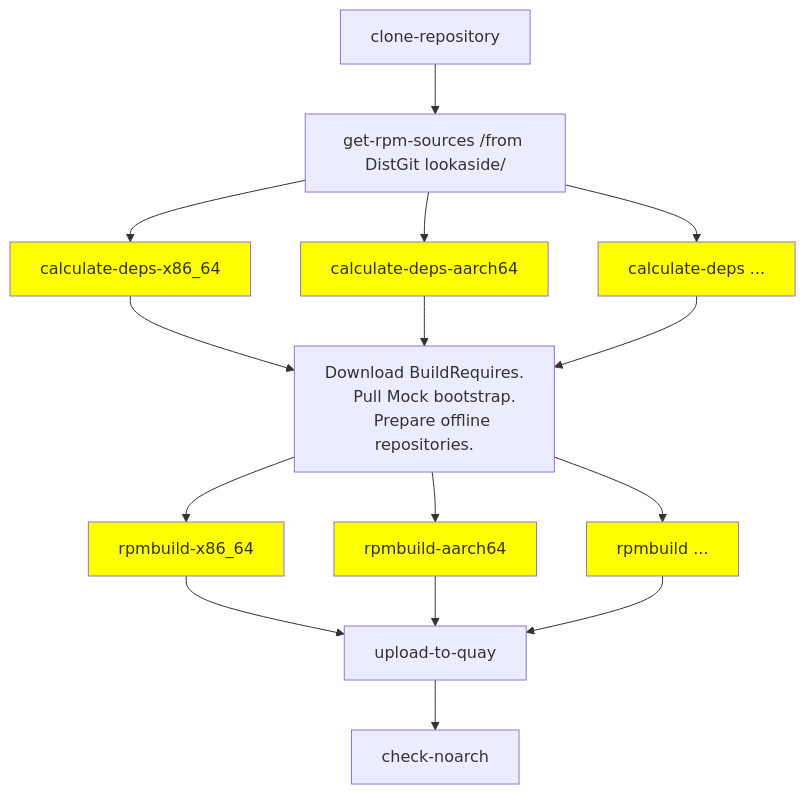
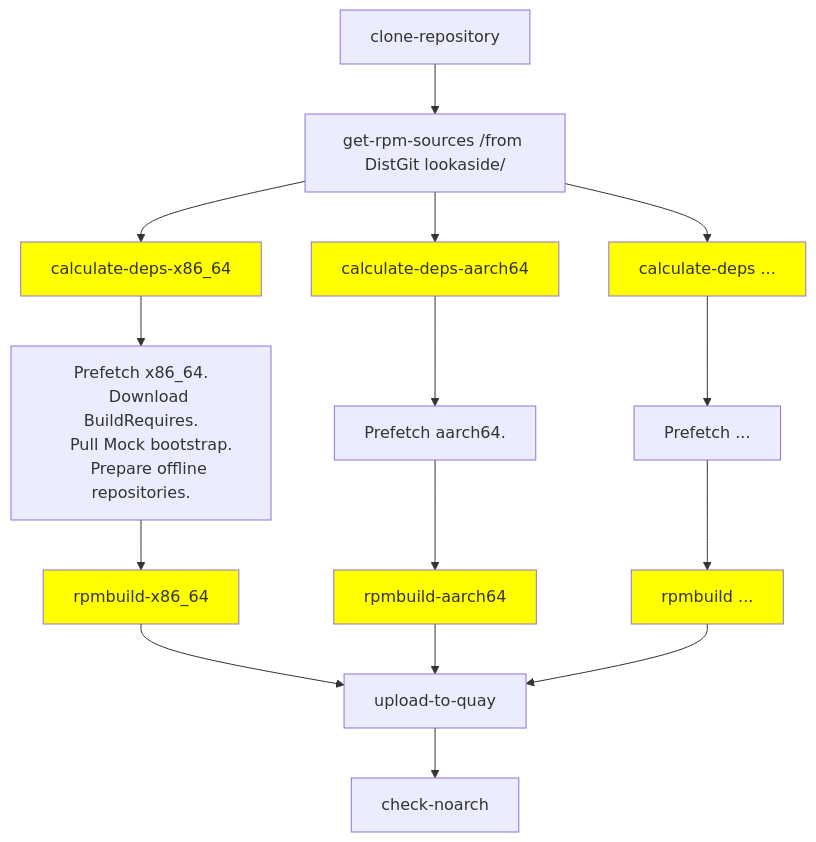
One commit to nmirasch/rpmbuild-pipeline changed the diagram in docs/architecture.md. Above: the diagram before and after it, drawn with Mermaid. The commit also changed other lines of this file, not shown here.

First line of the commit message:
architecture: don't merge multi-arch pre-fetching into one task

````diff
--- a/docs/architecture.md
+++ b/docs/architecture.md
@@ -22,28 +22,29 @@
 ```mermaid
 graph TD
 
   clone_repository[clone-repository] --> get_sources[get-rpm-sources /from DistGit lookaside/]
 
   get_sources --> nosrpm_a[calculate-deps-x86_64]:::ARCH
   get_sources --> nosrpm_b[calculate-deps-aarch64]:::ARCH
   get_sources --> nosrpm_c[calculate-deps ...]:::ARCH
 
-  nosrpm_a --> prefetch[Download BuildRequires.
+  nosrpm_a --> prefetch_a[Prefetch x86_64.
+    Download BuildRequires.
     Pull Mock bootstrap.
     Prepare offline repositories.]
-  prefetch --> build_a[rpmbuild-x86_64]:::ARCH
+  prefetch_a --> build_a[rpmbuild-x86_64]:::ARCH
 
-  nosrpm_b --> prefetch
-  prefetch --> build_b[rpmbuild-aarch64]:::ARCH
+  nosrpm_b --> prefetch_b[Prefetch aarch64.]
+  prefetch_b --> build_b[rpmbuild-aarch64]:::ARCH
 
-  nosrpm_c --> prefetch
-  prefetch --> build_c[rpmbuild ...]:::ARCH
+  nosrpm_c --> prefetch_c[Prefetch ...]
+  prefetch_c --> build_c[rpmbuild ...]:::ARCH
 
   build_a --> Upload[upload-to-quay]
   build_b --> Upload
   build_c --> Upload
 
   Upload --> check_noarch[check-noarch]
 
   classDef ARCH fill:yellow
 ```
````
